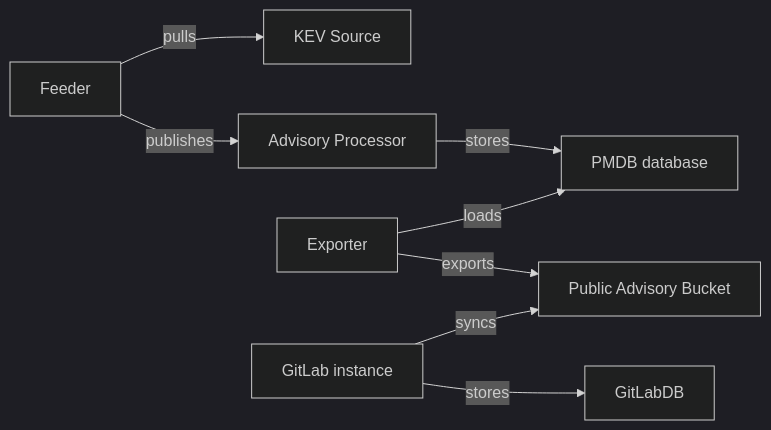
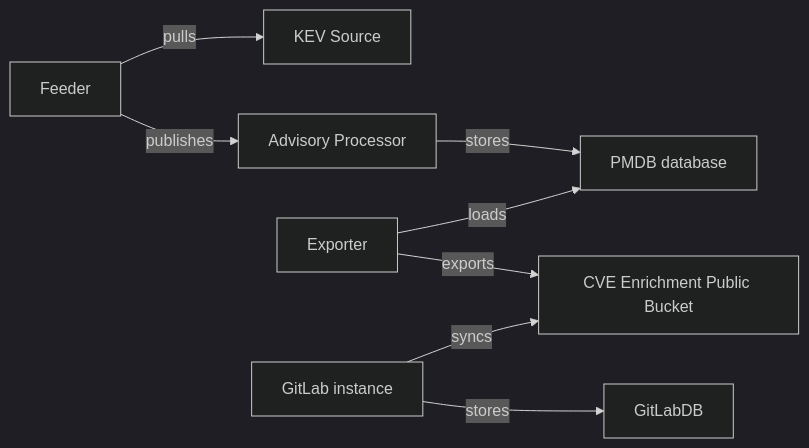
The second of 2 diagrams in content/handbook/engineering/architecture/design-documents/kev/_index.md (moliver28/research-handbook), drawn with Mermaid (dark theme) before and after one commit. The commit also changed other lines of this file and 2 other files, not shown here.

Commit message:
create adr doc

````diff
--- a/content/handbook/engineering/architecture/design-documents/kev/_index.md
+++ b/content/handbook/engineering/architecture/design-documents/kev/_index.md
@@ -124,10 +124,10 @@
 ```mermaid
 flowchart LR
     AF[Feeder] -->|pulls| A[KEV Source]
     AF -->|publishes| AP[Advisory Processor]
     AP -->|stores| DD[PMDB database]
     E[Exporter] -->|loads|DD
-    E --> |exports| B[Public Advisory Bucket]
+    E --> |exports| B[CVE Enrichment Public Bucket]
     GitLab[GitLab instance] --> |syncs| B
     GitLab --> |stores| GitLabDB
 ```
````
